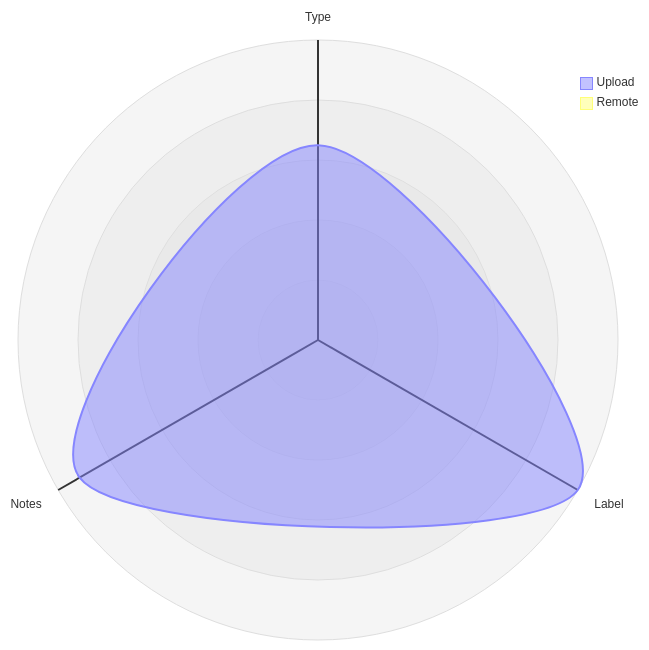
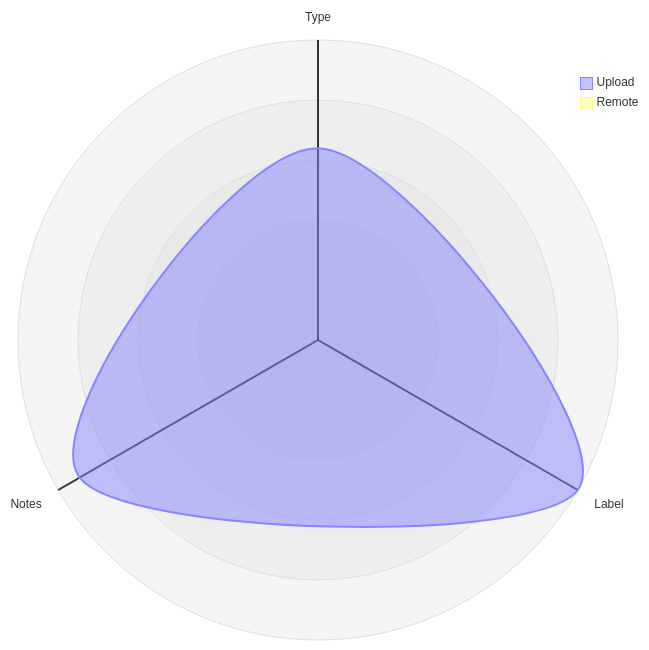
The third of 5 diagrams in datastore_tracker/README.md (open-data/analytics-corporate-reporting), drawn with Mermaid before and after one commit. The commit also changed 6 other files, not shown here.

````diff
--- a/datastore_tracker/README.md
+++ b/datastore_tracker/README.md
@@ -107,12 +107,12 @@
 ```mermaid
 radar-beta
   axis T["Type"], L["Label"], N["Notes"]
-  curve u["Upload"]{0.00063, 0.00097, 0.00089}
+  curve u["Upload"]{0.00062, 0.00097, 0.00089}
   curve r["Remote"]{0, 0, 0}
 
   showLegend true
 
   min 0
   graticule circle
   ticks 5
 ```
````
